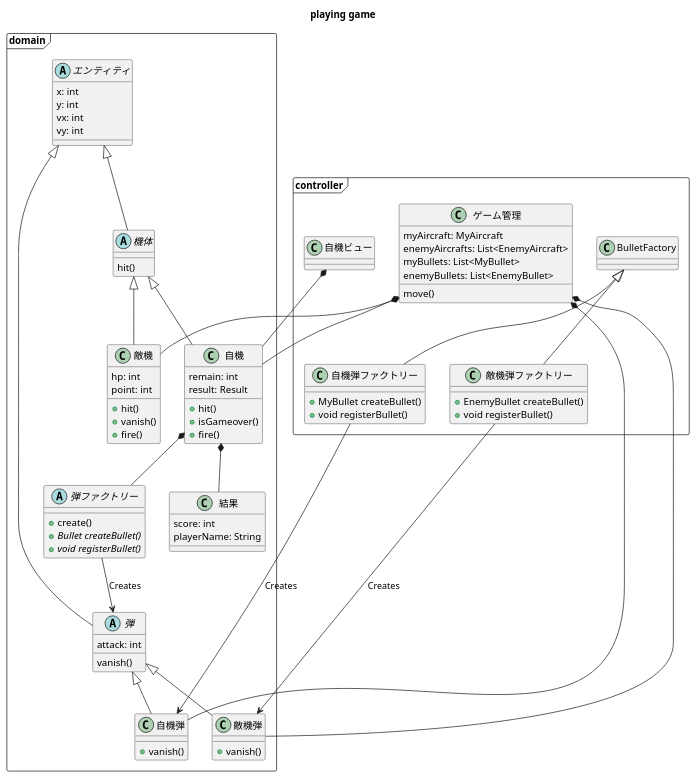
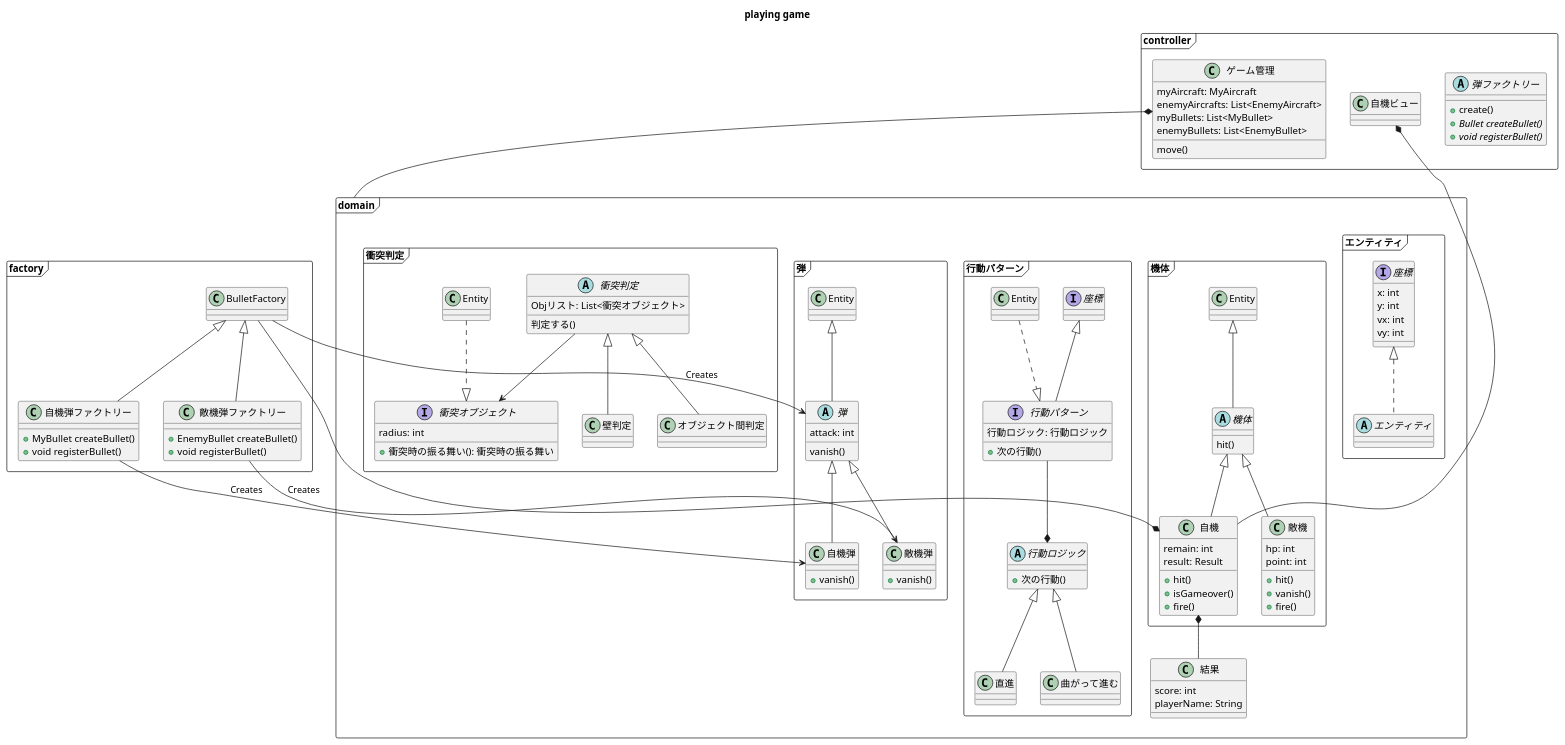
One commit to tokyo-forest/shooting-ddd changed the diagram in domain_modeling/クラス図-ふるまい.pu. Above: the diagram before and after it, drawn with PlantUML.

Commit message:
修正

```diff
--- a/domain_modeling/クラス図-ふるまい.pu
+++ b/domain_modeling/クラス図-ふるまい.pu
@@ -1,106 +1,147 @@
 @startuml
 title playing game
 
 package domain <<Frame>> {
 
-    abstract class "エンティティ" as Entity {
-        x: int
-        y: int
-        vx: int
-        vy: int
+    package エンティティ <<Frame>> {
+        abstract class "エンティティ" as Entity implements 座標 {
+        }
 
+        interface 座標 {
+            x: int
+            y: int
+            vx: int
+            vy: int
+        }
     }
 
-    abstract class "弾" as Bullet extends Entity{
-        attack: int
-
-        vanish()
-    }
-
-
-    class "自機弾" as MyBullet extends Bullet {
-        +vanish()
-    }
-
-    class "敵機弾" as EnemyBullet extends Bullet {
-        +vanish()
-    }
-
+   package 機体 <<Frame>> {
     abstract class "機体" as Aircraft extends Entity {
-
         hit()
     }
 
     class "自機" as MyAircraft extends Aircraft {
         remain: int
         result: Result
 
         +hit()
         +isGameover()
         +fire()
     }
-
-    class "結果" as Result {
-        score: int
-        playerName: String
-    }
-
-    MyAircraft *-- Result
-
     class "敵機" as EnemyAircraft extends Aircraft {
         hp: int
         point: int
 
         +hit()
         +vanish()
         +fire()
     }
-    abstract class "弾ファクトリー" as BulletFactory {
-        +create()
-        +{abstract} Bullet createBullet()
-        +{abstract} void registerBullet()
+   }
+
+   package 弾 <<Frame>> {
+     abstract class "弾" as Bullet extends Entity{
+       attack: int
+
+            vanish()
+        }
+
+    class "自機弾" as MyBullet extends Bullet {
+        +vanish()
     }
+
+    class "敵機弾" as EnemyBullet extends Bullet {
+        +vanish()
+    }
+   }
+   class "結果" as Result {
+       score: int
+       playerName: String
+   }
+
+   MyAircraft *-- Result
+
+   package 行動パターン <<Frame>> {
+     interface 行動パターン extends 座標{
+       行動ロジック: 行動ロジック
+       +次の行動()
+     }
+
+     abstract class "行動ロジック" as actionLogic {
+       +次の行動()
+     }
+
+     class "直進" as straight extends actionLogic{
+     }
+
+     class "曲がって進む" as turn extends actionLogic{
+     }
+
+     行動パターン --* actionLogic
+     Entity ..|> 行動パターン
+   }
+
+   package 衝突判定 <<Frame>> {
+     interface 衝突オブジェクト {
+       radius: int
+       +衝突時の振る舞い(): 衝突時の振る舞い
+     }
+
+     abstract 衝突判定 {
+       Objリスト: List<衝突オブジェクト>
+       判定する()
+     }
+
+     class オブジェクト間判定 extends 衝突判定{
+     }
+
+     class 壁判定 extends 衝突判定{
+     }
+
+     衝突判定 --> 衝突オブジェクト
+     Entity ..|> 衝突オブジェクト
+
+   }
+
+}
+
+package factory <<Frame>> {
+    Class "自機弾ファクトリー" as MyBulletFactory extends BulletFactory{
+        +MyBullet createBullet()
+        +void registerBullet()
+    }
+    Class "敵機弾ファクトリー" as EnemyBulletFactory extends BulletFactory{
+        +EnemyBullet createBullet()
+        +void registerBullet()
+    }
+
+    BulletFactory --> Bullet : Creates
+    MyBulletFactory --> MyBullet : Creates
     MyAircraft *-- BulletFactory
 }
 
 package controller <<Frame>> {
+    abstract class "弾ファクトリー" as BulletFactory {
+            +create()
+            +{abstract} Bullet createBullet()
+            +{abstract} void registerBullet()
+    }
     class "ゲーム管理" as Administrator {
         myAircraft: MyAircraft
         enemyAircrafts: List<EnemyAircraft>
         myBullets: List<MyBullet>
         enemyBullets: List<EnemyBullet>
 
         move()
     }
+    Class "自機ビュー" as MyAircraftView {
 
-
-    BulletFactory --> Bullet : Creates
-
-    Class "自機弾ファクトリー" as MyBulletFactory extends BulletFactory{
-        +MyBullet createBullet()
-        +void registerBullet()
-    }
-
-    MyBulletFactory --> MyBullet : Creates
-
-    Class "敵機弾ファクトリー" as EnemyBulletFactory extends BulletFactory{
-        +EnemyBullet createBullet()
-        +void registerBullet()
     }
 
     EnemyBulletFactory --> EnemyBullet : Creates
-
-    Class "自機ビュー" as MyAircraftView {
-
-    }
     MyAircraftView *-- MyAircraft
-
 }
 
-Administrator *-- MyAircraft
-Administrator *-- EnemyAircraft
-Administrator *-- MyBullet
-Administrator *-- EnemyBullet
+Administrator *-- domain
 
 
 @enduml
```
